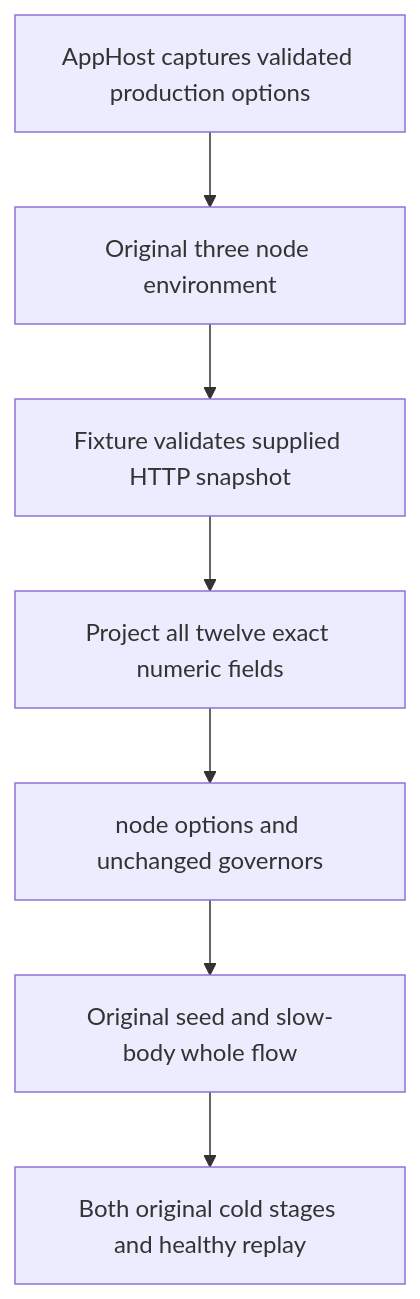
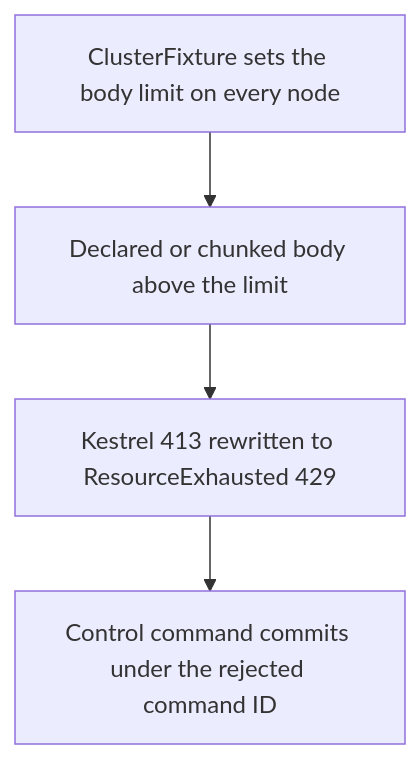
The second of 2 diagrams in docs/Features/ResourceExecution.md (managedcode/KeyLoad), drawn with Mermaid before and after one commit. The commit also changed other lines of this file and 400 other files, not shown here.

````diff
--- a/docs/Features/ResourceExecution.md
+++ b/docs/Features/ResourceExecution.md
@@ -473,9 +468,6 @@
 ```mermaid
 flowchart TD
-    A[AppHost captures validated production options] --> B[Original three node environment]
-    B --> C[Fixture validates supplied HTTP snapshot]
-    C --> D[Project all twelve exact numeric fields]
-    D --> E[node options and unchanged governors]
-    E --> F[Original seed and slow-body whole flow]
-    F --> G[Both original cold stages and healthy replay]
+    A[ClusterFixture sets the body limit on every node] --> B[Declared or chunked body above the limit]
+    B --> C[Kestrel 413 rewritten to ResourceExhausted 429]
+    C --> D[Control command commits under the rejected command ID]
 ```
````
